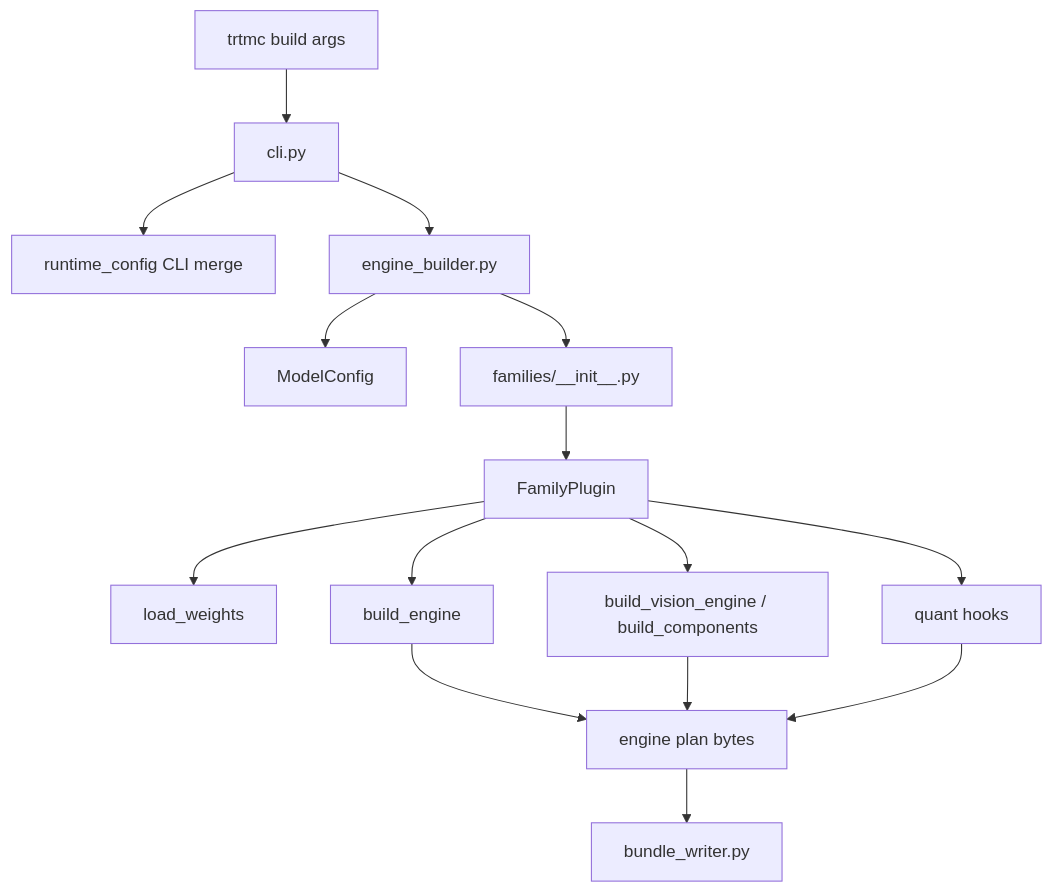
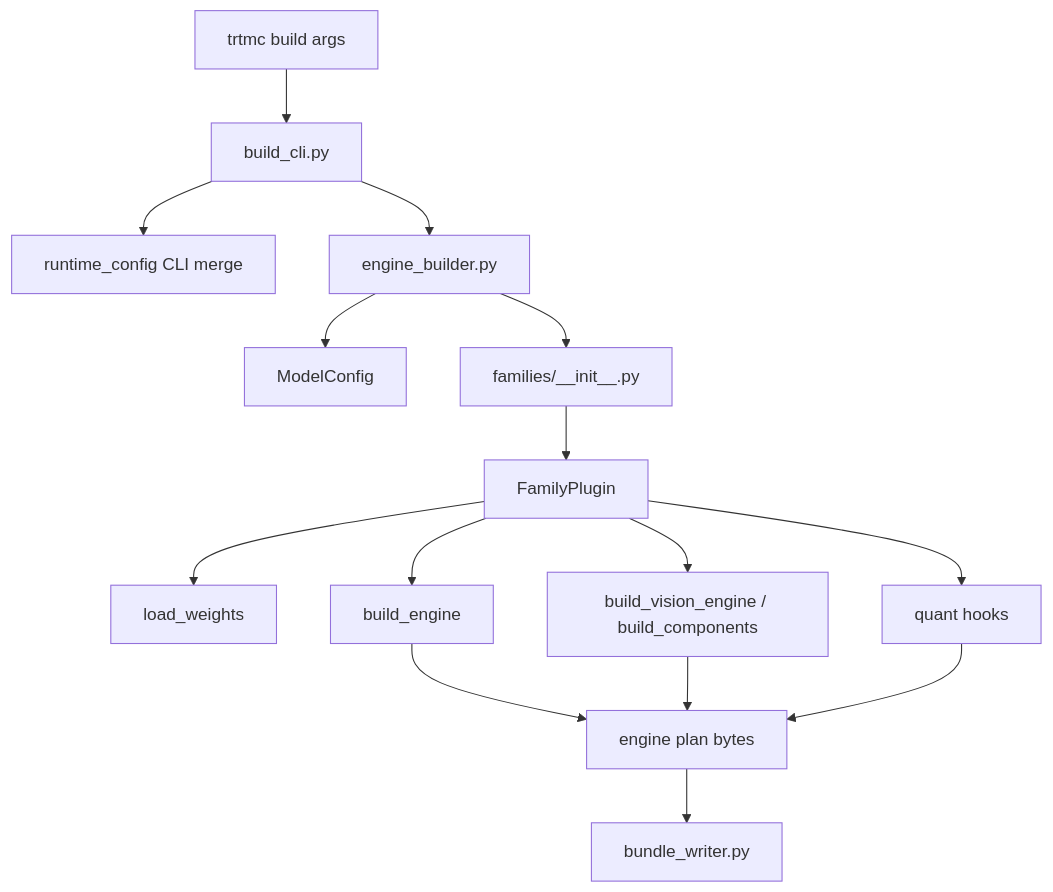
One commit to NVIDIA/TensorRT-Model-Connect changed the first of 3 diagrams in website/docs/unit-design/python-builder.md. Above: the diagram before and after it, drawn with Mermaid. The commit also changed other lines of this file and 30 other files, not shown here.

````diff
--- a/website/docs/unit-design/python-builder.md
+++ b/website/docs/unit-design/python-builder.md
@@ -7,17 +7,17 @@
 ```mermaid
 flowchart TD
-  Args["trtmc build args"] --> CLI["cli.py"]
+  Args["trtmc build args"] --> CLI["build_cli.py"]
   CLI --> ConfigLayer["runtime_config CLI merge"]
   CLI --> EngineBuilder["engine_builder.py"]
   EngineBuilder --> ModelConfig["ModelConfig"]
   EngineBuilder --> FamilyLookup["families/__init__.py"]
   FamilyLookup --> Family["FamilyPlugin"]
   Family --> Weights["load_weights"]
   Family --> BuildMain["build_engine"]
   Family --> BuildOptional["build_vision_engine / build_components"]
   Family --> QuantHooks["quant hooks"]
   BuildMain --> Plans["engine plan bytes"]
   BuildOptional --> Plans
   QuantHooks --> Plans
   Plans --> Bundle["bundle_writer.py"]
 ```
````
